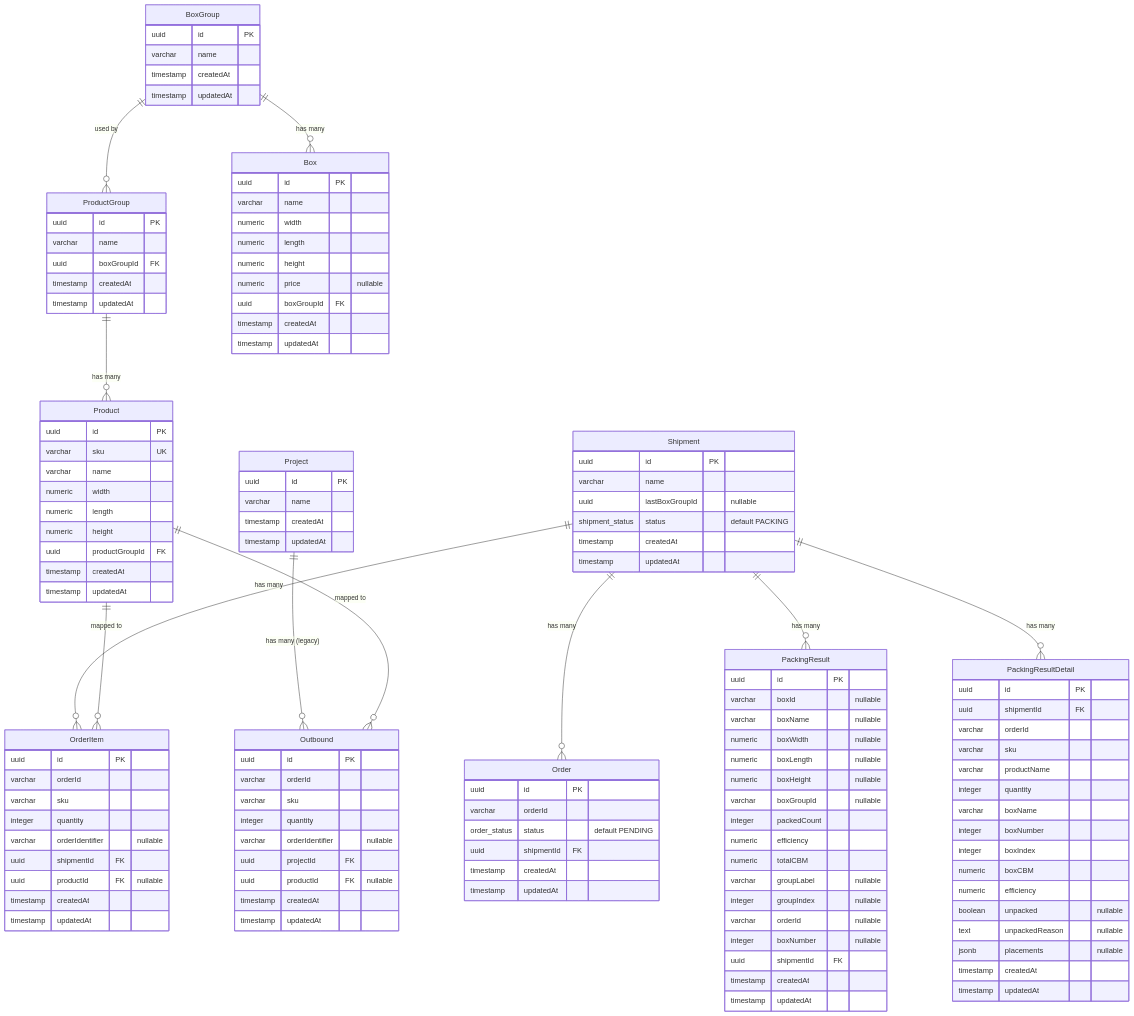
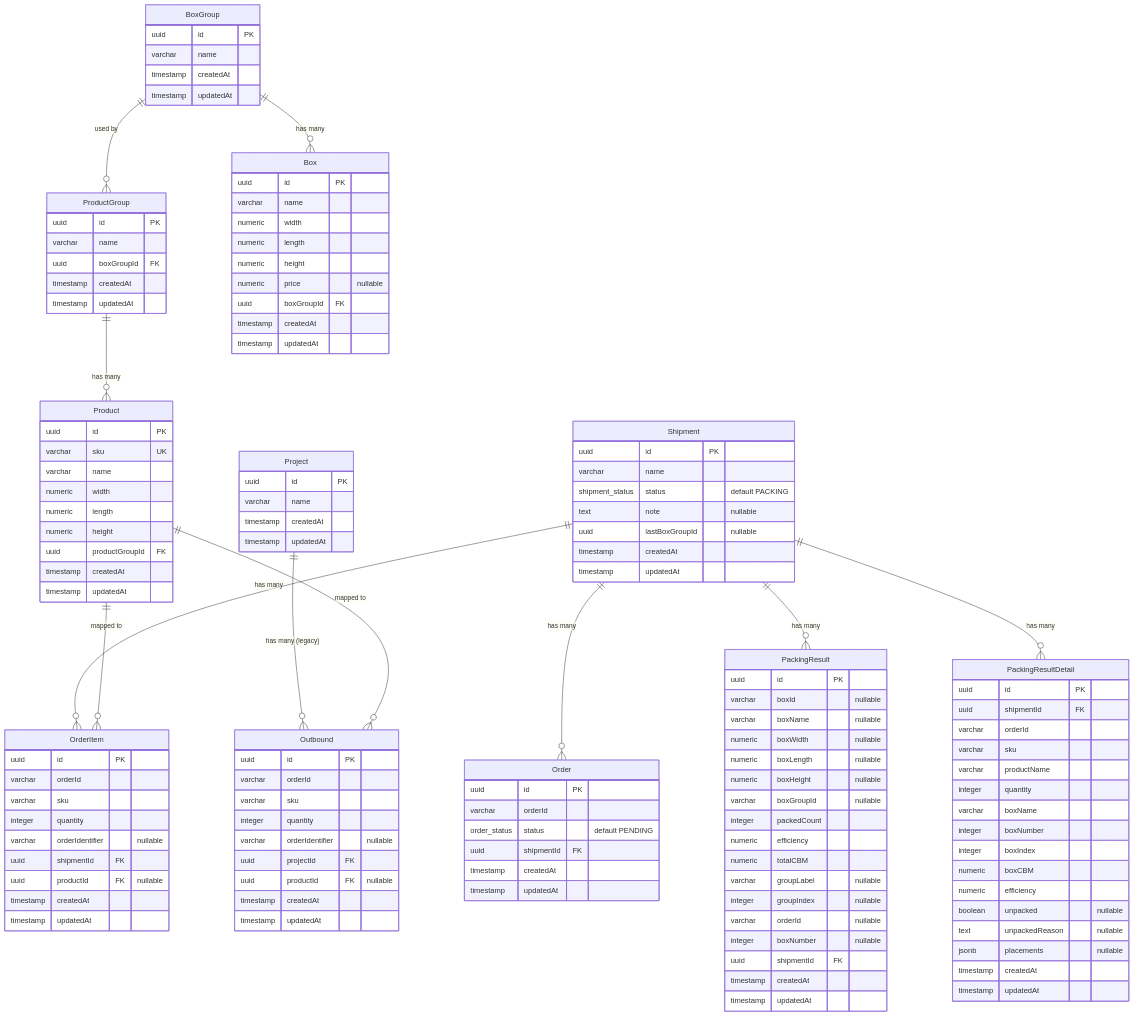
One commit to kangyeop/volume-calculation changed the diagram in docs/db-schema.md. Above: the diagram before and after it, drawn with Mermaid. The commit also changed 6 other files, not shown here.

```diff
--- a/docs/db-schema.md
+++ b/docs/db-schema.md
@@ -53,8 +53,9 @@
     Shipment {
         uuid id PK
         varchar name
+        shipment_status status "default PACKING"
+        text note "nullable"
         uuid lastBoxGroupId "nullable"
-        shipment_status status "default PACKING"
         timestamp createdAt
         timestamp updatedAt
     }
```
